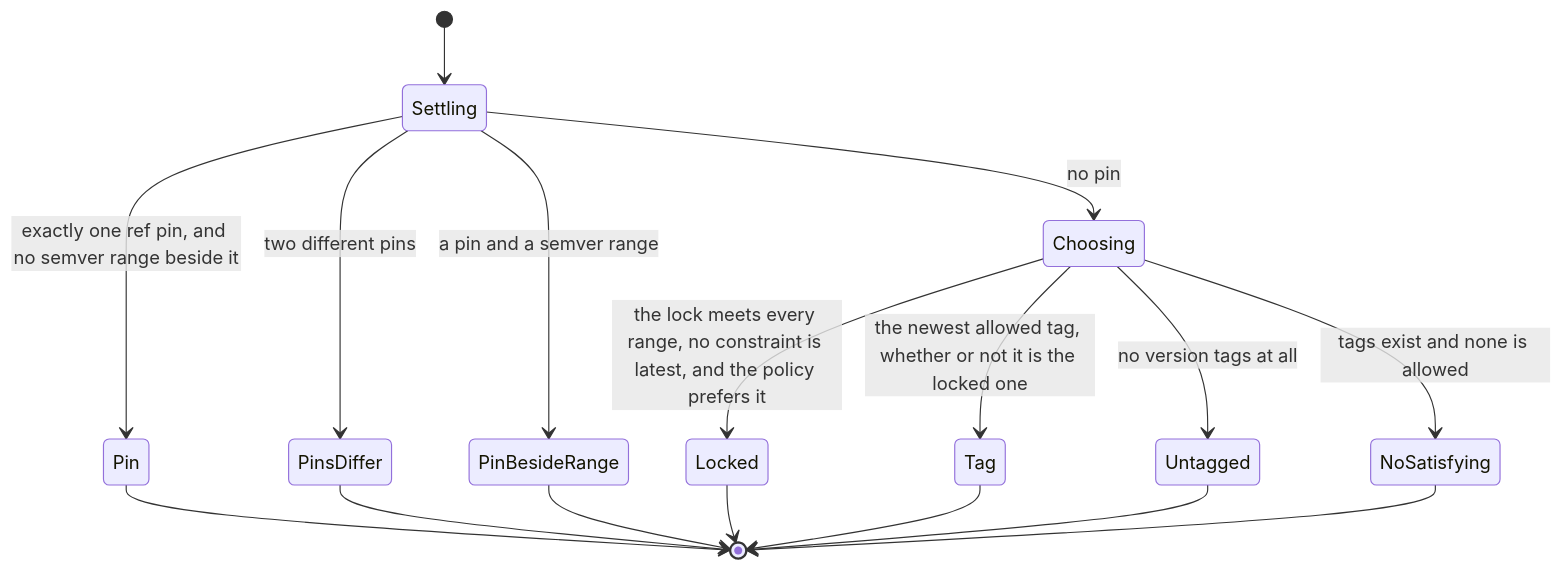
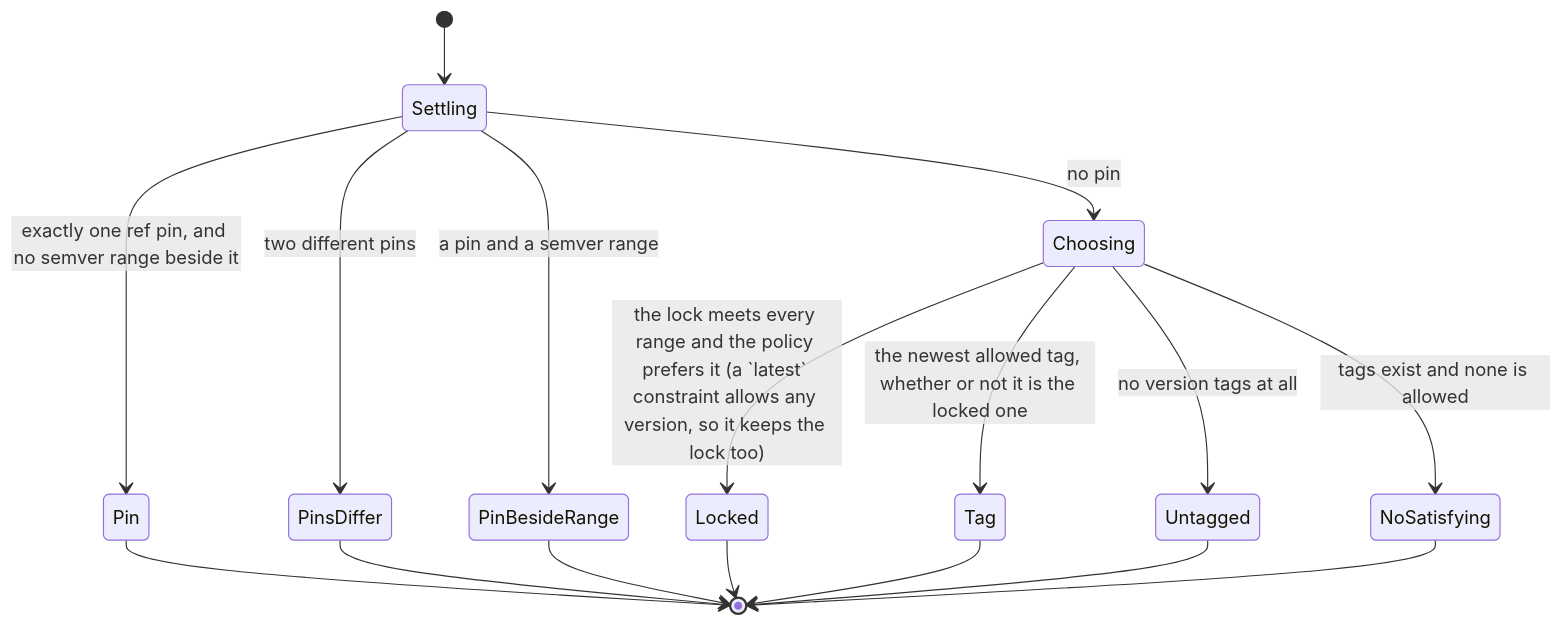
Before and after one commit to haowjy/mars-agents: the sixth of 10 diagrams in crates/mars-schema/.context/state-machines.md, drawn with Mermaid. The commit also changed other lines of this file and 11 other files, not shown here.

First line of the commit message:
Keep the lock for a dependency with no version on mars sync

````diff
--- a/crates/mars-schema/.context/state-machines.md
+++ b/crates/mars-schema/.context/state-machines.md
@@ -235,19 +235,19 @@
 ```mermaid
 stateDiagram-v2
   [*] --> Settling
   Settling --> Pin: exactly one ref pin, and no semver range beside it
   Settling --> PinsDiffer: two different pins
   Settling --> PinBesideRange: a pin and a semver range
   Settling --> Choosing: no pin
-  Choosing --> Locked: the lock meets every range, no constraint is latest, and the policy prefers it
+  Choosing --> Locked: the lock meets every range and the policy prefers it (a `latest` constraint allows any version, so it keeps the lock too)
   Choosing --> Tag: the newest allowed tag, whether or not it is the locked one
   Choosing --> Untagged: no version tags at all
   Choosing --> NoSatisfying: tags exist and none is allowed
   Pin --> [*]
   Locked --> [*]
   Tag --> [*]
   Untagged --> [*]
   PinsDiffer --> [*]
   PinBesideRange --> [*]
   NoSatisfying --> [*]
 ```
````
